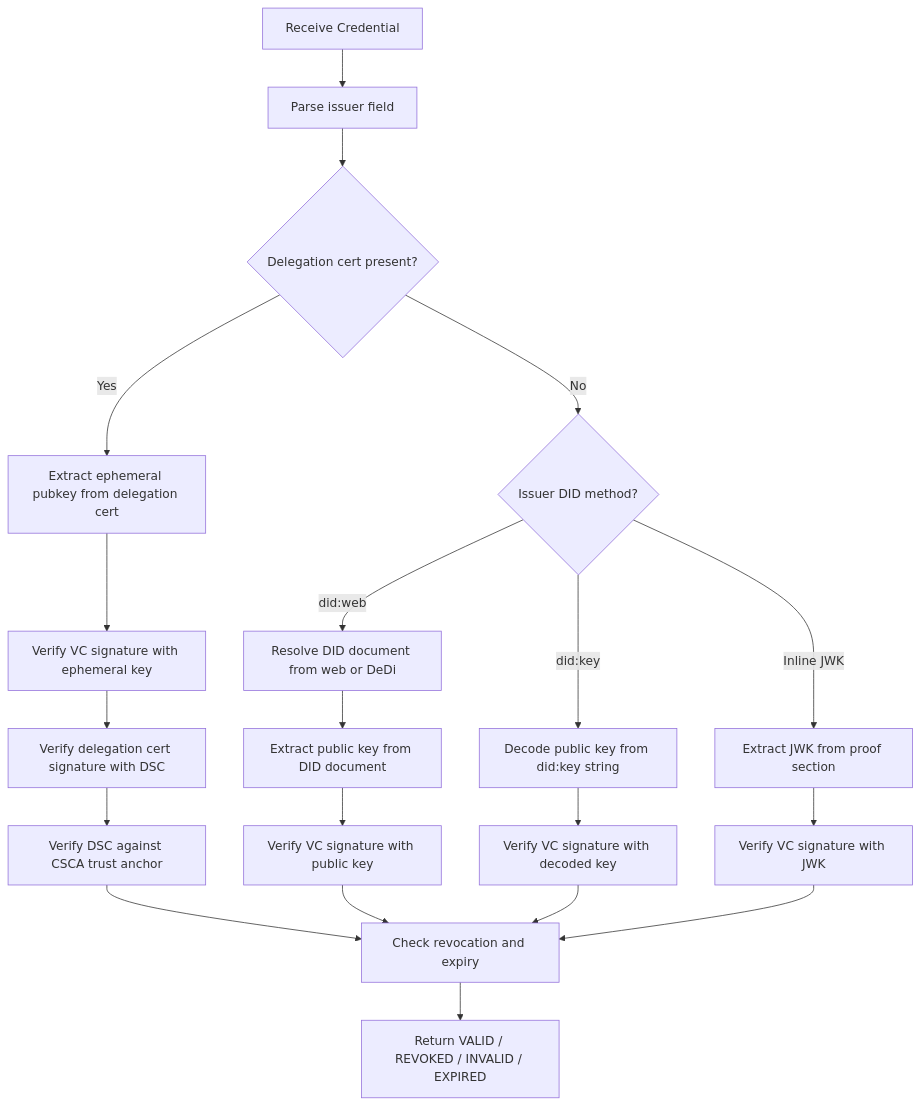
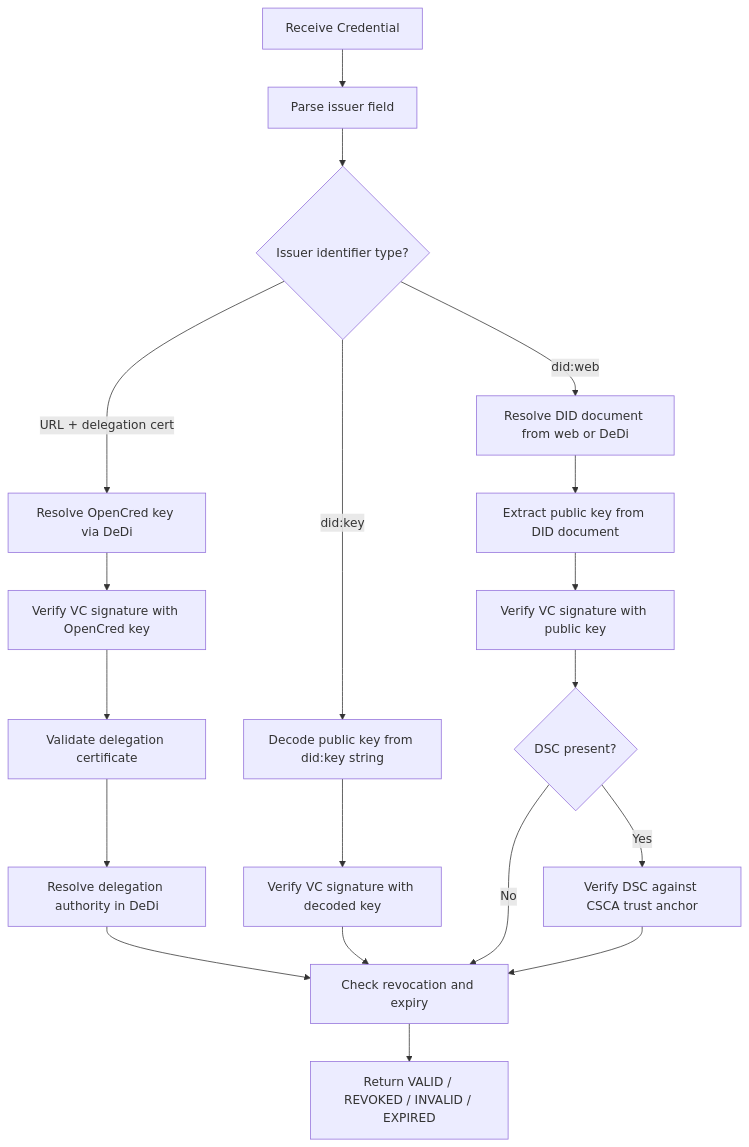
The sixth of 7 diagrams in OpenCred_PRD.md (nfh-trust-labs/opencred), drawn with Mermaid before and after one commit. The commit also changed other lines of this file and 189 other files, not shown here.

````diff
--- a/OpenCred_PRD.md
+++ b/OpenCred_PRD.md
@@ -645,28 +735,26 @@
 ```mermaid
 flowchart TD
     Start[Receive Credential] --> Parse[Parse issuer field]
-    Parse --> DelegationCheck{Delegation cert present?}
+    Parse --> MethodCheck{Issuer identifier type?}
 
-    DelegationCheck -->|Yes| ExtractEphemeral[Extract ephemeral pubkey from delegation cert]
-    ExtractEphemeral --> VerifyVC_E[Verify VC signature with ephemeral key]
-    VerifyVC_E --> VerifyDelegation[Verify delegation cert signature with DSC]
-    VerifyDelegation --> VerifyDSC[Verify DSC against CSCA trust anchor]
-
-    DelegationCheck -->|No| MethodCheck{Issuer DID method?}
     MethodCheck -->|"did:web"| ResolveDID[Resolve DID document from web or DeDi]
     ResolveDID --> ExtractPubKey[Extract public key from DID document]
     ExtractPubKey --> VerifyVC_W[Verify VC signature with public key]
 
     MethodCheck -->|"did:key"| DecodeDIDKey[Decode public key from did:key string]
     DecodeDIDKey --> VerifyVC_K[Verify VC signature with decoded key]
 
-    MethodCheck -->|"Inline JWK"| ExtractJWK[Extract JWK from proof section]
-    ExtractJWK --> VerifyVC_J[Verify VC signature with JWK]
+    MethodCheck -->|"URL + delegation cert"| ResolveDelegation[Resolve OpenCred key via DeDi]
+    ResolveDelegation --> VerifyVC_D[Verify VC signature with OpenCred key]
+    VerifyVC_D --> ValidateDeleg[Validate delegation certificate]
+    ValidateDeleg --> CheckDelegAuth[Resolve delegation authority in DeDi]
+    CheckDelegAuth --> StatusCheck
 
-    VerifyDSC --> StatusCheck[Check revocation and expiry]
-    VerifyVC_W --> StatusCheck
-    VerifyVC_K --> StatusCheck
-    VerifyVC_J --> StatusCheck
+    VerifyVC_W --> DSCCheck{DSC present?}
+    VerifyVC_K --> StatusCheck[Check revocation and expiry]
+    DSCCheck -->|Yes| VerifyDSC[Verify DSC against CSCA trust anchor]
+    DSCCheck -->|No| StatusCheck
+    VerifyDSC --> StatusCheck
 
     StatusCheck --> Result[Return VALID / REVOKED / INVALID / EXPIRED]
 ```
````
